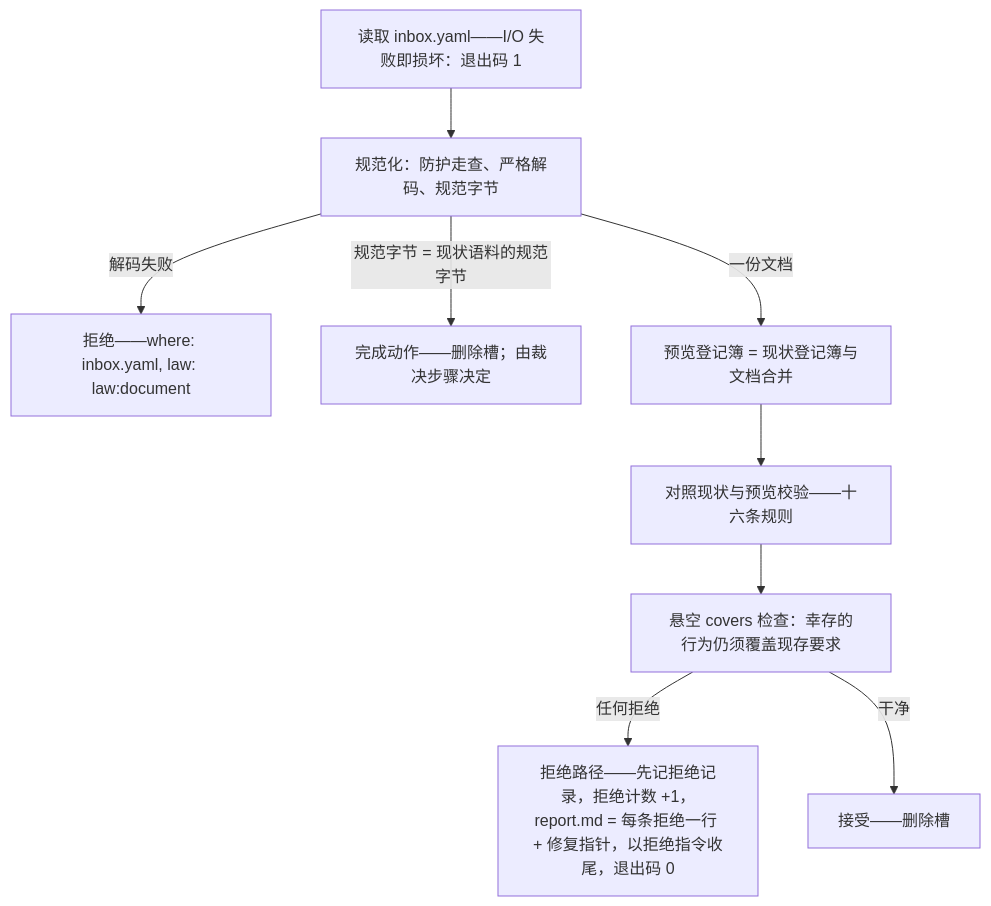
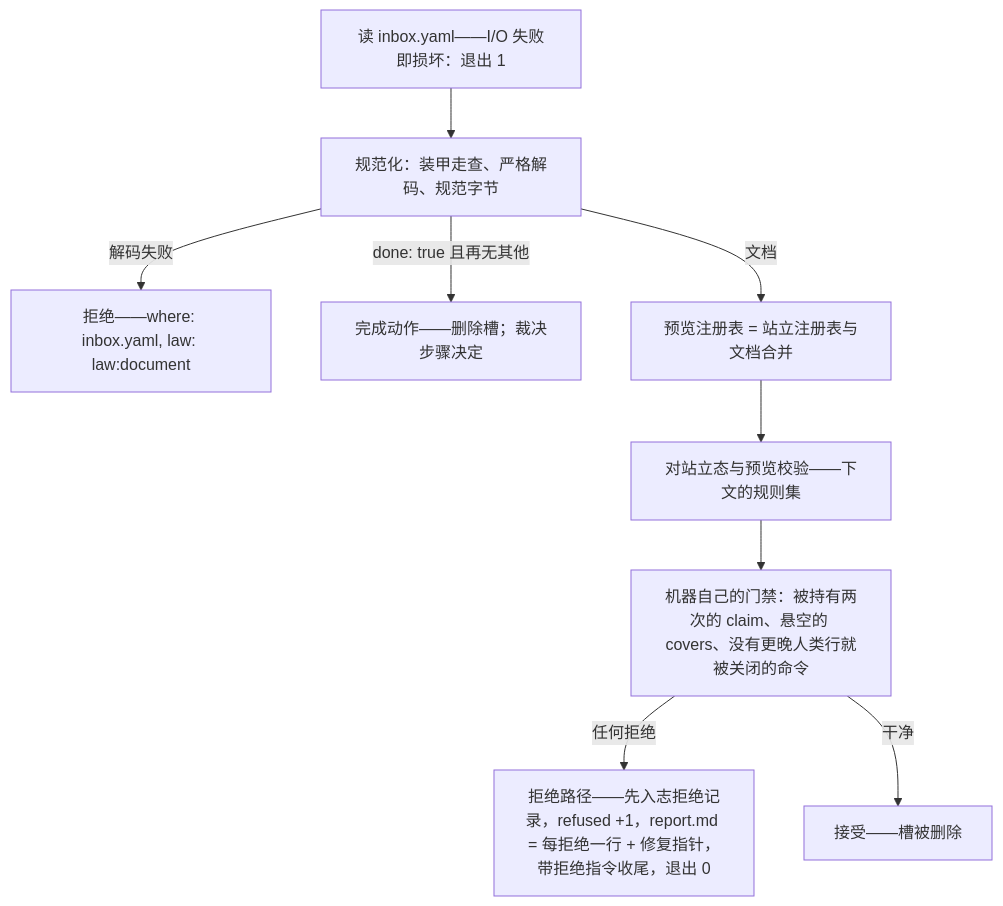
Before and after one commit to neurophant/punchtape: the fourth of 9 diagrams in docs/ARCHITECTURE.zh.md, drawn with Mermaid. The commit also changed other lines of this file and 80 other files, not shown here.

````diff
--- a/docs/ARCHITECTURE.zh.md
+++ b/docs/ARCHITECTURE.zh.md
@@ -169,11 +266,11 @@
 ```mermaid
 flowchart TD
-    RD["读取 inbox.yaml——I/O 失败即损坏：退出码 1"] --> NM["规范化：防护走查、严格解码、规范字节"]
+    RD["读 inbox.yaml——I/O 失败即损坏：退出 1"] --> NM["规范化：装甲走查、严格解码、规范字节"]
     NM -- "解码失败" --> D1["拒绝——where: inbox.yaml, law: law:document"]
-    NM -- "规范字节 = 现状语料的规范字节" --> CA["完成动作——删除槽；由裁决步骤决定"]
-    NM -- "一份文档" --> PV["预览登记簿 = 现状登记簿与文档合并"]
-    PV --> VA["对照现状与预览校验——十六条规则"]
-    VA --> DC["悬空 covers 检查：幸存的行为仍须覆盖现存要求"]
-    DC -- "任何拒绝" --> RP["拒绝路径——先记拒绝记录，拒绝计数 +1，report.md = 每条拒绝一行 + 修复指针，以拒绝指令收尾，退出码 0"]
-    DC -- "干净" --> AC["接受——删除槽"]
+    NM -- "done: true 且再无其他" --> CA["完成动作——删除槽；裁决步骤决定"]
+    NM -- "文档" --> PV["预览注册表 = 站立注册表与文档合并"]
+    PV --> VA["对站立态与预览校验——下文的规则集"]
+    VA --> DC["机器自己的门禁：被持有两次的 claim、悬空的 covers、没有更晚人类行就被关闭的命令"]
+    DC -- "任何拒绝" --> RP["拒绝路径——先入志拒绝记录，refused +1，report.md = 每拒绝一行 + 修复指针，带拒绝指令收尾，退出 0"]
+    DC -- "干净" --> AC["接受——槽被删除"]
 ```
````
